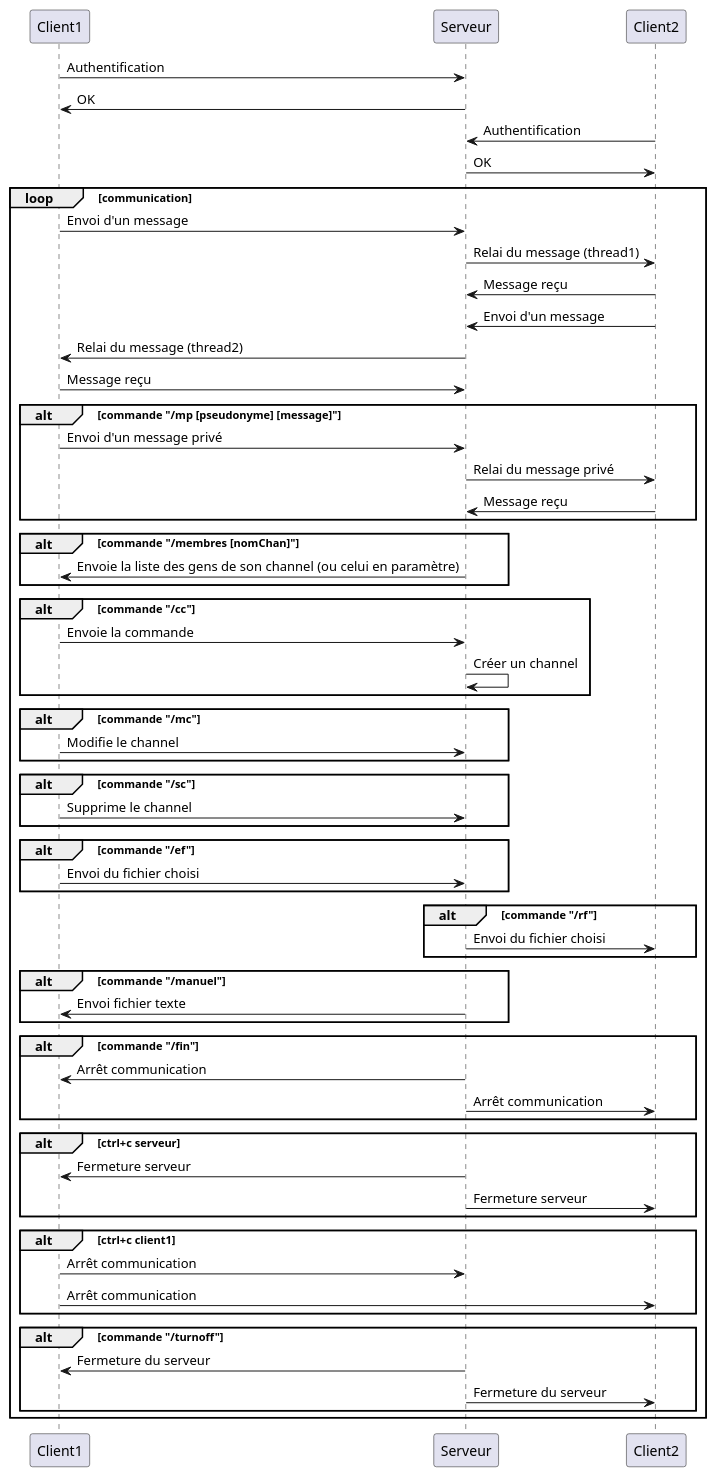
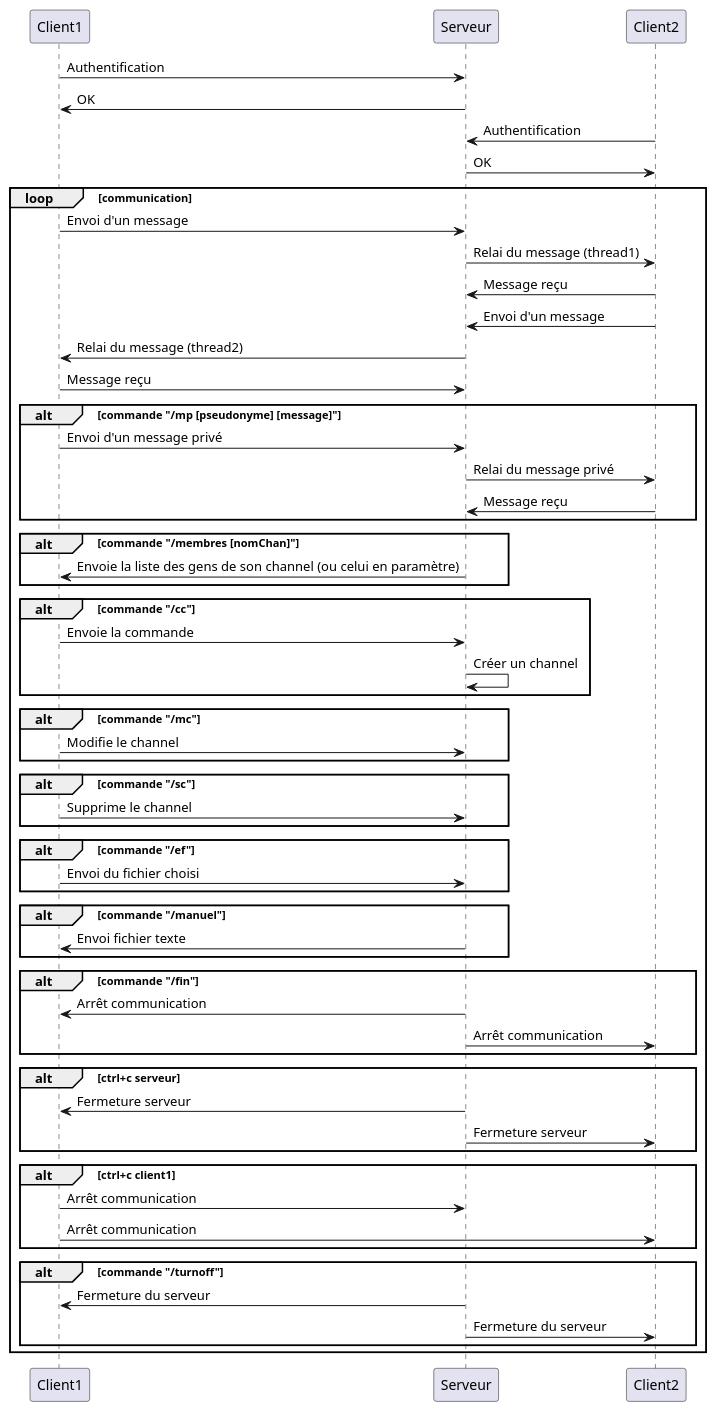
One commit to DisaroSkell/raipon_FDP changed the diagram in diagseqfin.plantuml. Above: the diagram before and after it, drawn with PlantUML.

Commit message:
diag seq

```diff
--- a/diagseqfin.plantuml
+++ b/diagseqfin.plantuml
@@ -1,59 +1,56 @@
 @startuml
 
 Client1 -> Serveur: Authentification
 Serveur -> Client1: OK
 Client2 -> Serveur: Authentification
 Serveur -> Client2: OK
 loop communication
   Client1 -> Serveur: Envoi d'un message
   Serveur -> Client2: Relai du message (thread1)
   Client2 -> Serveur: Message reçu
   Client2 -> Serveur: Envoi d'un message
   Serveur -> Client1: Relai du message (thread2)
   Client1 -> Serveur: Message reçu
   alt commande "/mp [pseudonyme] [message]"
     Client1 -> Serveur: Envoi d'un message privé
     Serveur -> Client2: Relai du message privé
     Client2 -> Serveur: Message reçu
   end
   alt commande "/membres [nomChan]"
     Serveur -> Client1 : Envoie la liste des gens de son channel (ou celui en paramètre)
   end
   alt commande "/cc"
     Client1 -> Serveur : Envoie la commande
    Serveur -> Serveur : Créer un channel
   end
   alt commande "/mc"
     Client1 -> Serveur : Modifie le channel
   end
   alt commande "/sc"
     Client1 -> Serveur : Supprime le channel
   end
   
   alt commande "/ef"
     Client1 -> Serveur: Envoi du fichier choisi
   end
-  alt commande "/rf"
-    Serveur -> Client2: Envoi du fichier choisi
-  end
   alt commande "/manuel"
     Serveur -> Client1: Envoi fichier texte
   end
     alt commande "/fin"
     Serveur -> Client1: Arrêt communication
     Serveur -> Client2: Arrêt communication
   end
   alt ctrl+c serveur
     Serveur -> Client1: Fermeture serveur
     Serveur -> Client2 : Fermeture serveur
   end
   alt ctrl+c client1
     Client1 -> Serveur: Arrêt communication
     Client1 -> Client2: Arrêt communication
   end
   alt commande "/turnoff"
     Serveur -> Client1 : Fermeture du serveur
     Serveur -> Client2 : Fermeture du serveur
   end  
 end
 @enduml
```
